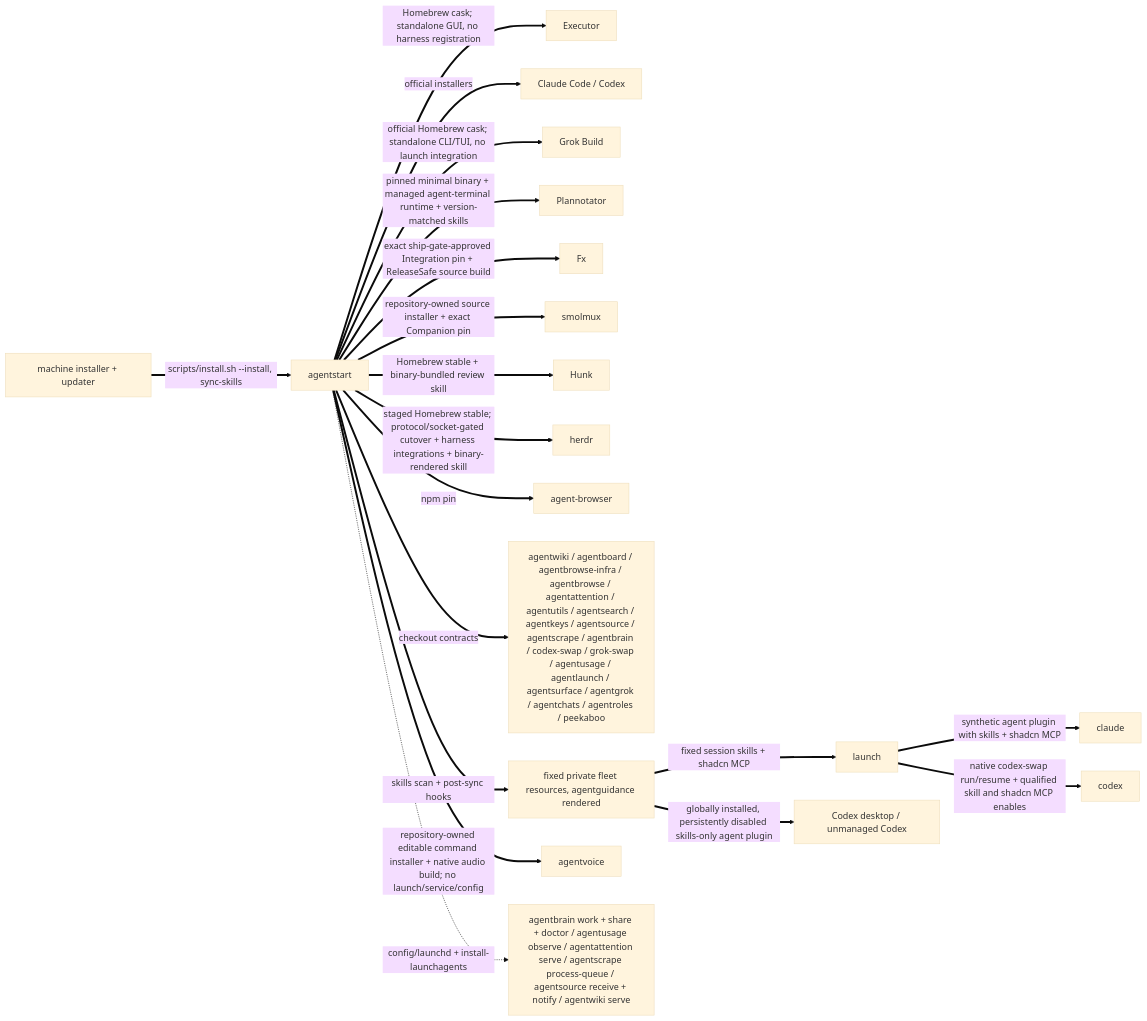
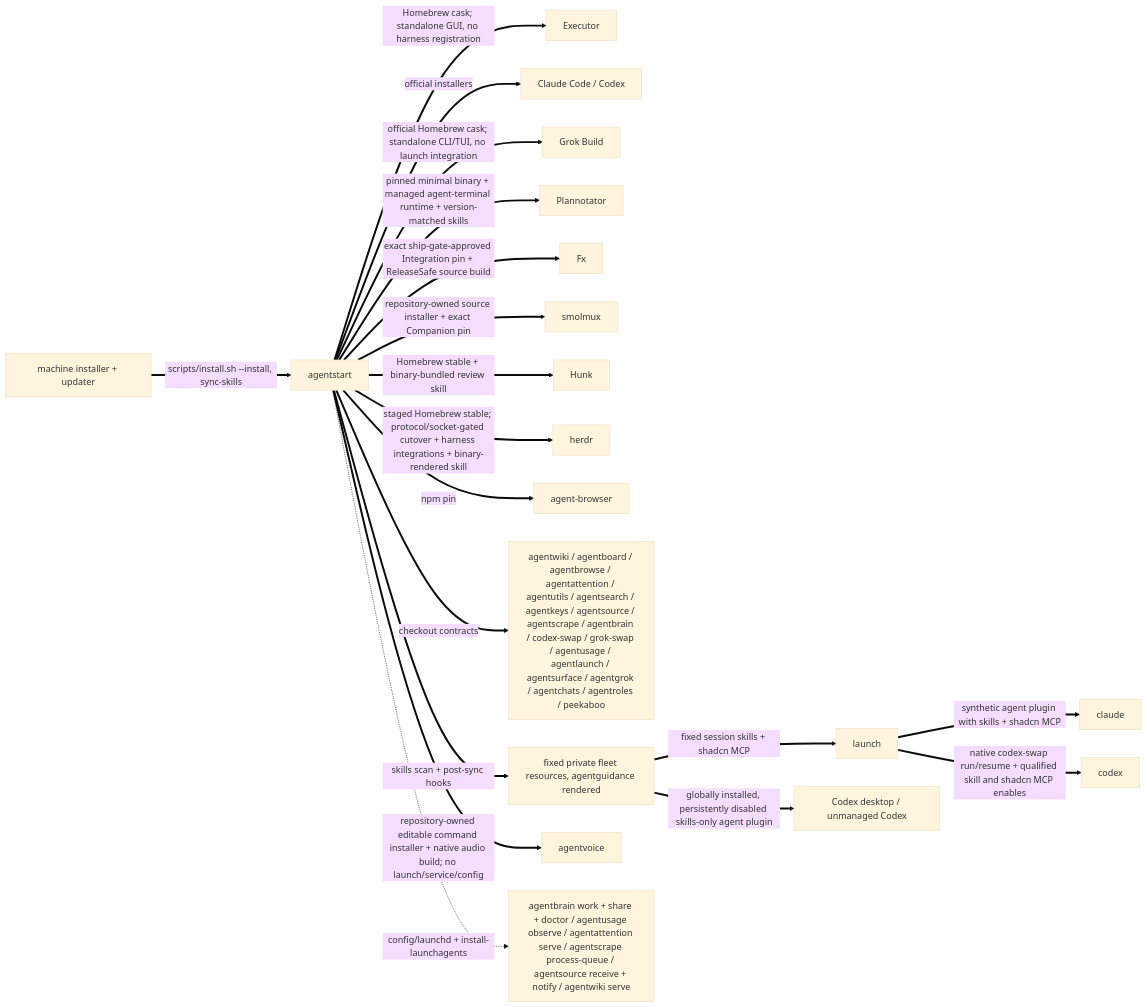
One commit to possibilities/agentstart changed the second of 3 diagrams in skills/fleet/MAP.md. Above: the diagram before and after it, drawn with Mermaid (base theme). The commit also changed other lines of this file and 8 other files, not shown here.

````diff
--- a/skills/fleet/MAP.md
+++ b/skills/fleet/MAP.md
@@ -106,24 +106,24 @@
 ```mermaid
 flowchart LR
     machine[machine installer + updater]
     start[agentstart]
 
     machine ==>|scripts/install.sh --install, sync-skills| start
     start ==>|Homebrew cask; standalone GUI, no harness registration| executor[Executor]
     start ==>|official installers| harnesses[Claude Code / Codex]
     start ==>|official Homebrew cask; standalone CLI/TUI, no launch integration| grok[Grok Build]
     start ==>|pinned minimal binary + managed agent-terminal runtime + version-matched skills| plannotator[Plannotator]
     start ==>|exact ship-gate-approved Integration pin + ReleaseSafe source build| fx[Fx]
     start ==>|repository-owned source installer + exact Companion pin| smolmuxInstall[smolmux]
     start ==>|Homebrew stable + binary-bundled review skill| hunk[Hunk]
     start ==>|staged Homebrew stable; protocol/socket-gated cutover + harness integrations + binary-rendered skill| herdrInstall[herdr]
     start ==>|npm pin| browser[agent-browser]
-    start ==>|checkout contracts| fleet[agentwiki / agentboard / agentbrowse-infra / agentbrowse / agentattention / agentutils / agentsearch / agentkeys / agentsource / agentscrape / agentbrain / codex-swap / grok-swap / agentusage / agentlaunch / agentsurface / agentgrok / agentchats / agentroles / peekaboo]
+    start ==>|checkout contracts| fleet[agentwiki / agentboard / agentbrowse / agentattention / agentutils / agentsearch / agentkeys / agentsource / agentscrape / agentbrain / codex-swap / grok-swap / agentusage / agentlaunch / agentsurface / agentgrok / agentchats / agentroles / peekaboo]
     start ==>|skills scan + post-sync hooks| skills[fixed private fleet resources, agentguidance rendered]
     start ==>|repository-owned editable command installer + native audio build; no launch/service/config| voiceInstall[agentvoice]
     skills ==>|fixed session skills + shadcn MCP| launch
     launch ==>|synthetic agent plugin with skills + shadcn MCP| claude
     launch ==>|native codex-swap run/resume + qualified skill and shadcn MCP enables| codex
     skills ==>|globally installed, persistently disabled skills-only agent plugin| codexDesktop[Codex desktop / unmanaged Codex]
     start -.->|config/launchd + install-launchagents| services[agentbrain work + share + doctor / agentusage observe / agentattention serve / agentscrape process-queue / agentsource receive + notify / agentwiki serve]
 ```
````
